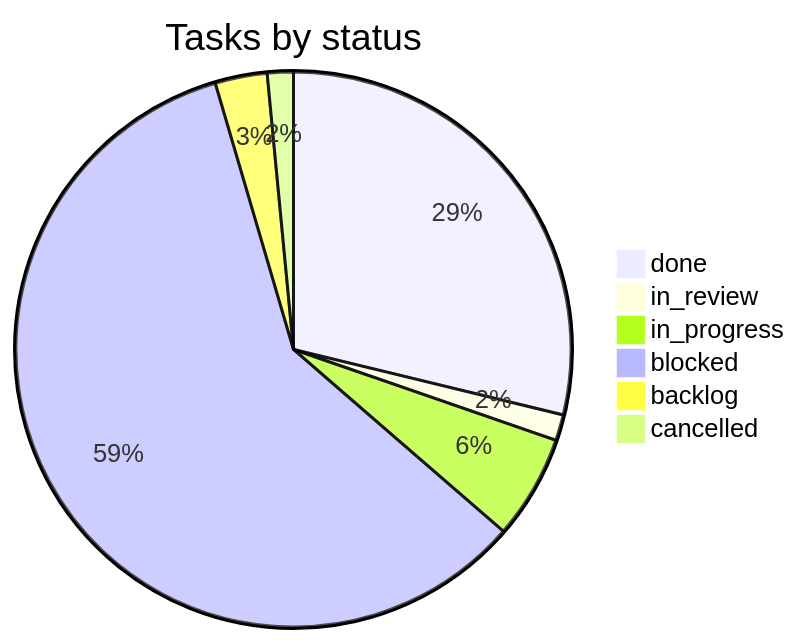
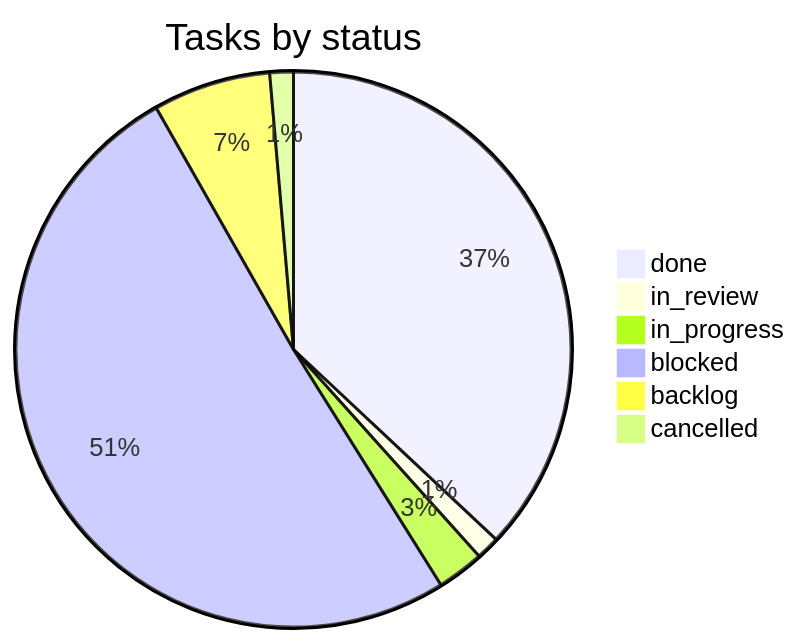
The second of 2 diagrams in PROGRESS.md (vulcanflow/docs), drawn with Mermaid before and after one commit. The commit also changed other lines of this file and 1 other file, not shown here.

Commit message:
progress: 8 deliveries (VFL-60, VFL-73, VFL-74, VFL-75, VFL-76, VFL-77, VFL-78, VFL-83), 7 new tasks (VFL-80, VFL-81, VFL-82, VFL-84, VFL-85, VFL-87) (#66)

````diff
--- a/PROGRESS.md
+++ b/PROGRESS.md
@@ -58,9 +58,9 @@
 ```mermaid
 pie title Tasks by status
-  "done" : 19
+  "done" : 27
   "in_review" : 1
-  "in_progress" : 4
-  "blocked" : 39
-  "backlog" : 2
+  "in_progress" : 2
+  "blocked" : 37
+  "backlog" : 5
   "cancelled" : 1
 ```
````
